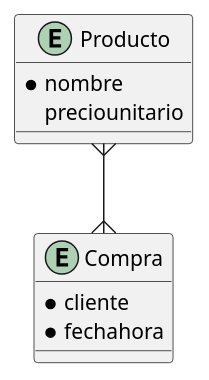
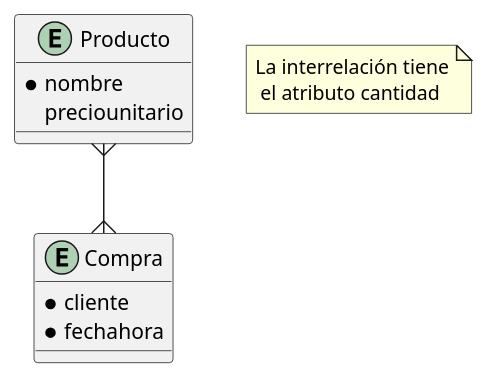
One commit to overdrive80/apuntes-clase changed the diagram in gestion-bd-asir1/apuntes/3/datos-ejemplo-primeras-tablas.org. Above: the diagram before and after it, drawn with PlantUML. The commit also changed 2 other files, not shown here.

Commit message:
paraguas

```diff
--- a/gestion-bd-asir1/apuntes/3/datos-ejemplo-primeras-tablas.org
+++ b/gestion-bd-asir1/apuntes/3/datos-ejemplo-primeras-tablas.org
@@ -2,15 +2,17 @@
 #+begin_src plantuml :file datos-ejemplo-primeras-tablas.png :exports none
 
 @startuml
 entity Producto {
   * nombre
   preciounitario
 }
 entity Compra {
   * cliente
   * fechahora
 }
 Producto }--{ Compra
+note "La interrelación tiene\n el atributo cantidad" as N1
+
 @enduml
 
 #+end_src
```
